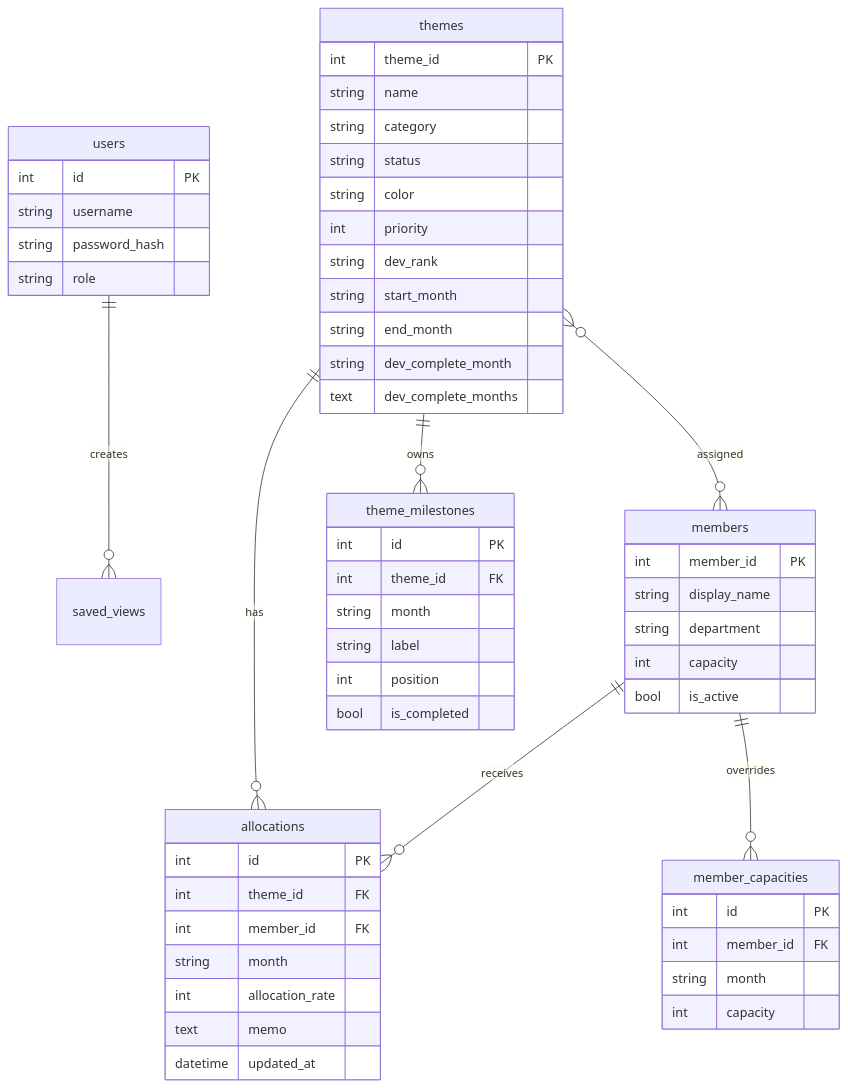
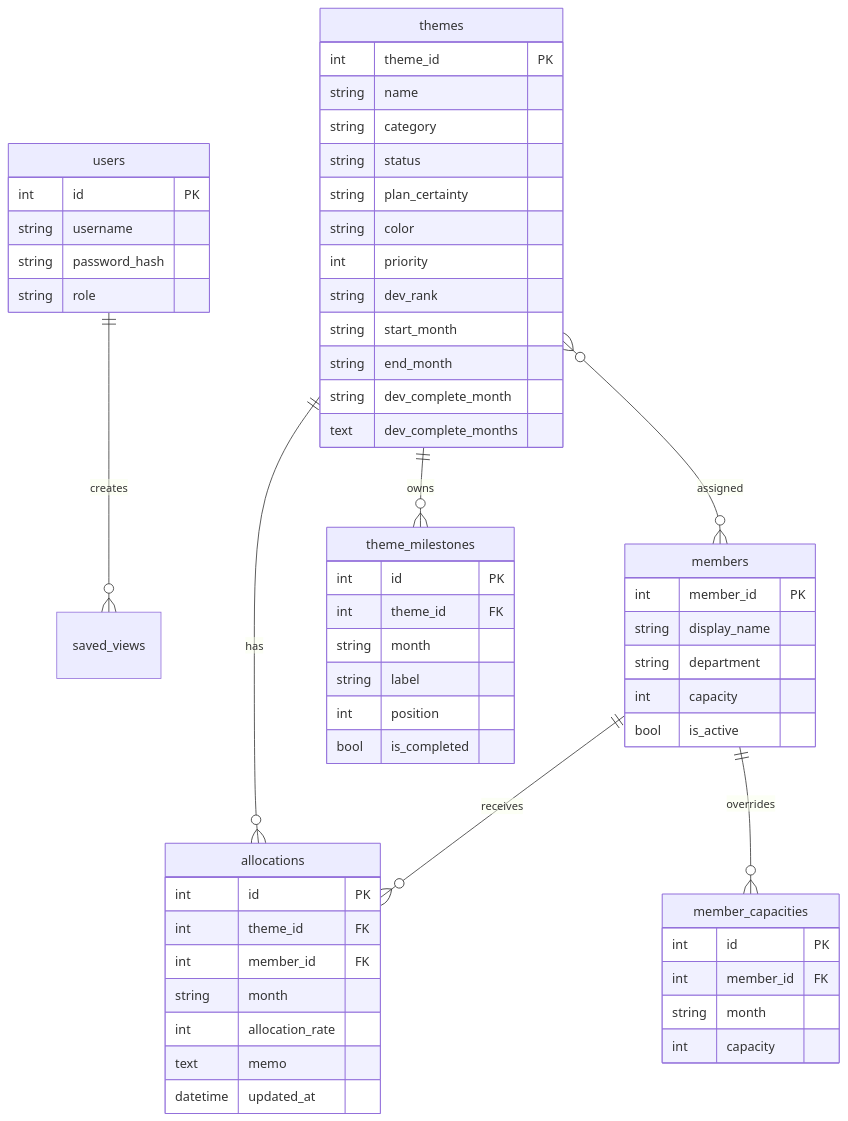
One commit to masakinakai3/Manage changed the fourth of 7 diagrams in SoftwareDesign.md. Above: the diagram before and after it, drawn with Mermaid. The commit also changed other lines of this file and 16 other files, not shown here.

Commit message:
Add Gantt plan certainty labels

````diff
--- a/SoftwareDesign.md
+++ b/SoftwareDesign.md
@@ -196,64 +196,65 @@
 ```mermaid
 erDiagram
     users ||--o{ saved_views : creates
     themes ||--o{ allocations : has
     members ||--o{ allocations : receives
     members ||--o{ member_capacities : overrides
     themes ||--o{ theme_milestones : owns
     themes }o--o{ members : assigned
 
     users {
         int id PK
         string username
         string password_hash
         string role
     }
 
     themes {
         int theme_id PK
         string name
         string category
         string status
+        string plan_certainty
         string color
         int priority
         string dev_rank
         string start_month
         string end_month
         string dev_complete_month
         text dev_complete_months
     }
 
     theme_milestones {
         int id PK
         int theme_id FK
         string month
         string label
         int position
         bool is_completed
     }
 
     members {
         int member_id PK
         string display_name
         string department
         int capacity
         bool is_active
     }
 
     member_capacities {
         int id PK
         int member_id FK
         string month
         int capacity
     }
 
     allocations {
         int id PK
         int theme_id FK
         int member_id FK
         string month
         int allocation_rate
         text memo
         datetime updated_at
     }
 ```
````
